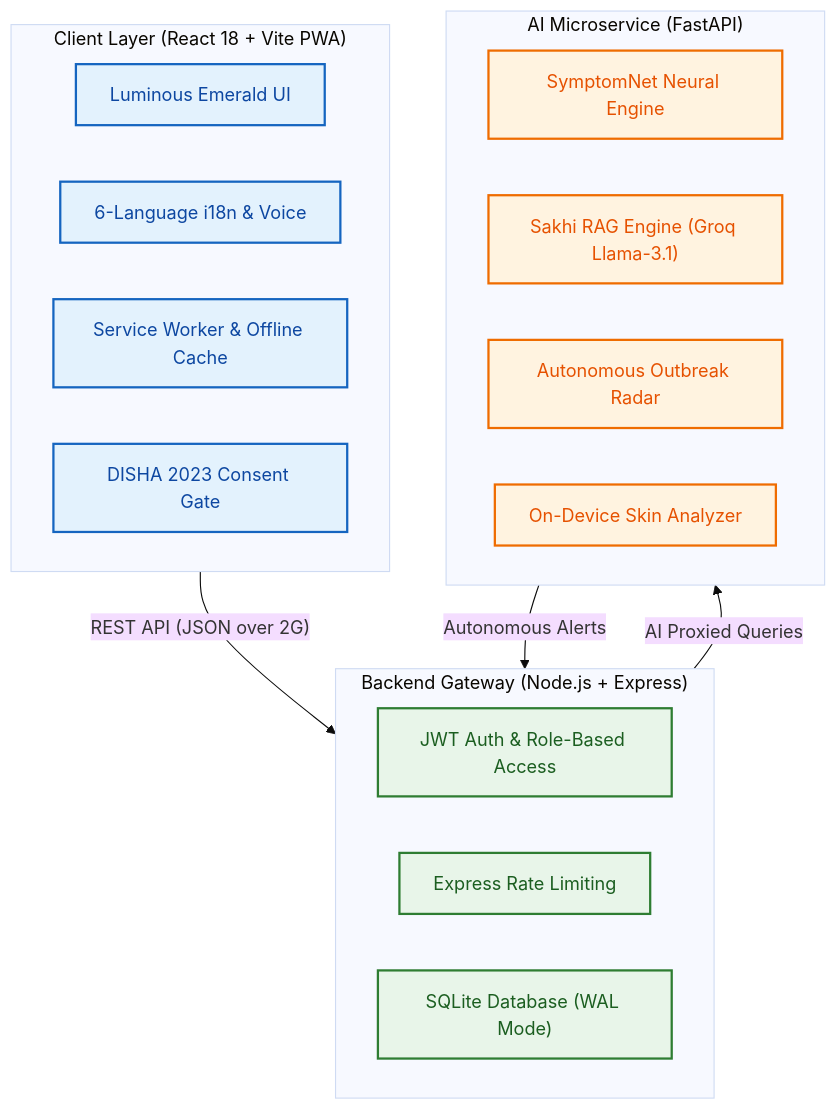
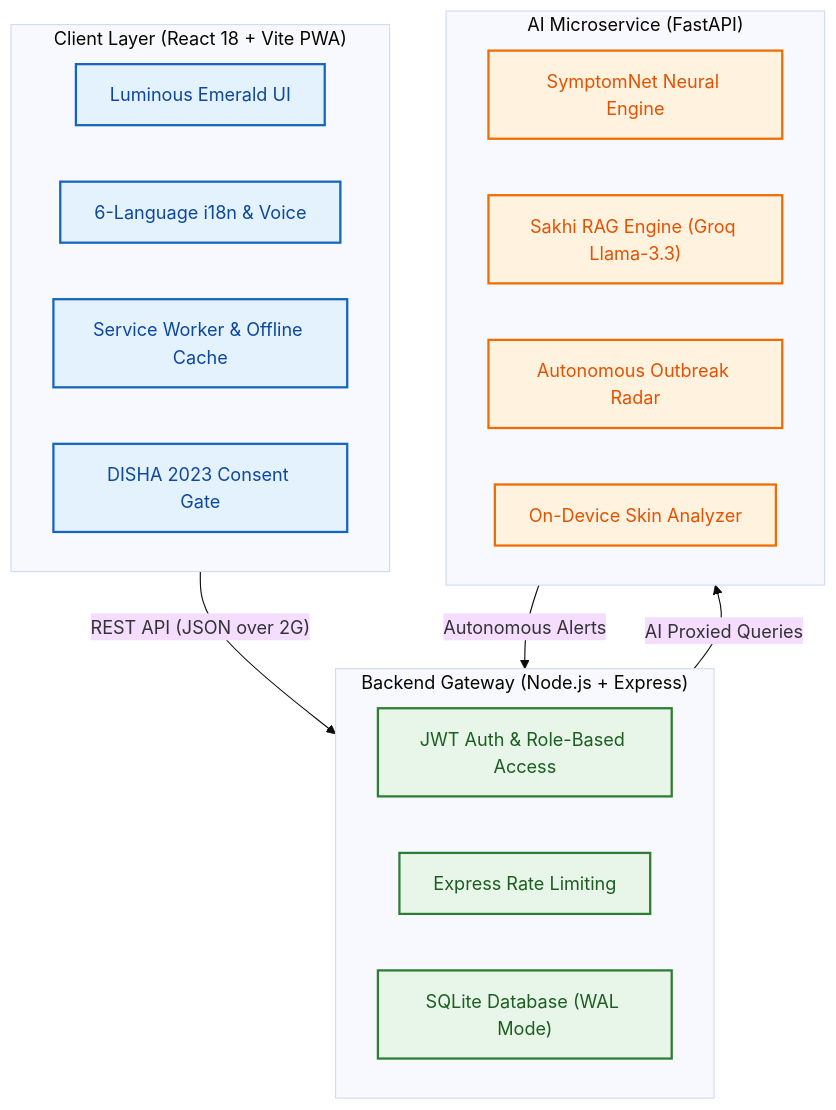
One commit to tejshveeyerpurwad-hash/SWASTHAI changed the diagram in README.md. Above: the diagram before and after it, drawn with Mermaid (base theme). The commit also changed other lines of this file and 7 other files, not shown here.

````diff
--- a/README.md
+++ b/README.md
@@ -117,34 +117,34 @@
 ```mermaid
 flowchart TD
     %% Define Nodes and Styles
     classDef clientStyle fill:#e3f2fd,stroke:#1565c0,stroke-width:2px,color:#0d47a1;
     classDef backendStyle fill:#e8f5e9,stroke:#2e7d32,stroke-width:2px,color:#1b5e20;
     classDef aiStyle fill:#fff3e0,stroke:#ef6c00,stroke-width:2px,color:#e65100;
 
     subgraph Client ["Client Layer (React 18 + Vite PWA)"]
         A1["Luminous Emerald UI"]
         A2["6-Language i18n & Voice"]
         A3["Service Worker & Offline Cache"]
         A4["DISHA 2023 Consent Gate"]
     end
     class Client,A1,A2,A3,A4 clientStyle;
 
     subgraph Backend ["Backend Gateway (Node.js + Express)"]
         B1["JWT Auth & Role-Based Access"]
         B2["Express Rate Limiting"]
         B3["SQLite Database (WAL Mode)"]
     end
     class Backend,B1,B2,B3 backendStyle;
 
     subgraph AI ["AI Microservice (FastAPI)"]
         C1["SymptomNet Neural Engine"]
-        C2["Sakhi RAG Engine (Groq Llama-3.1)"]
+        C2["Sakhi RAG Engine (Groq Llama-3.3)"]
         C3["Autonomous Outbreak Radar"]
         C4["On-Device Skin Analyzer"]
     end
     class AI,C1,C2,C3,C4 aiStyle;
 
     Client -- "REST API (JSON over 2G)" --> Backend
     Backend -- "AI Proxied Queries" --> AI
     AI -- "Autonomous Alerts" --> Backend
 ```
````
